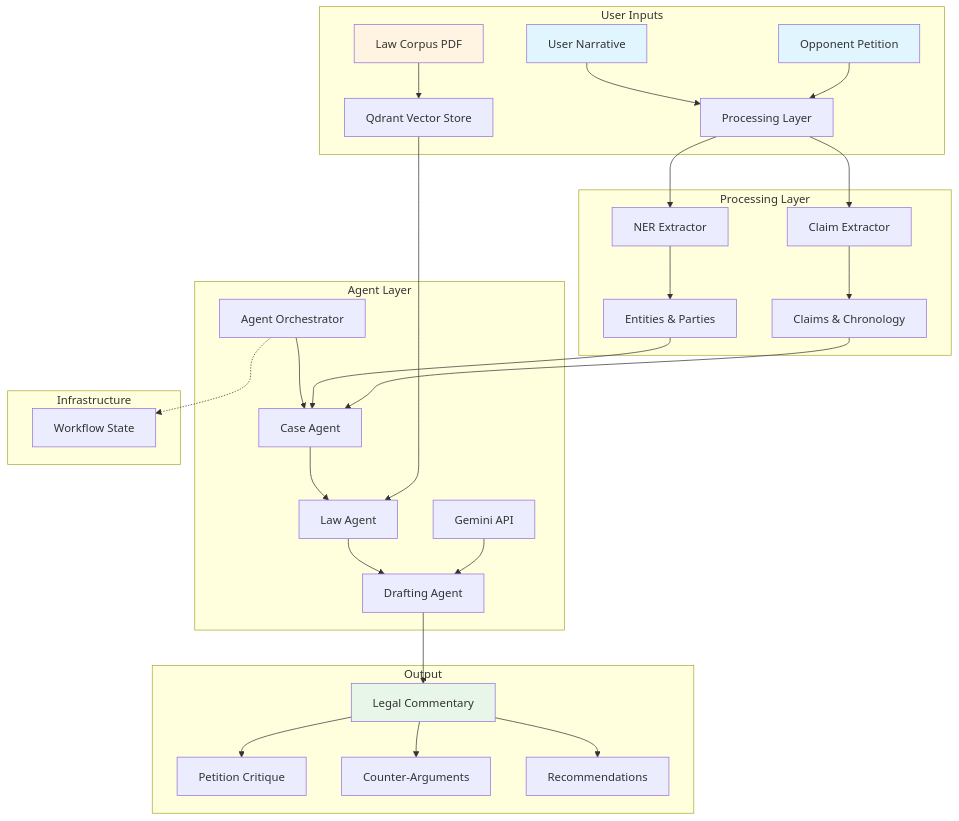
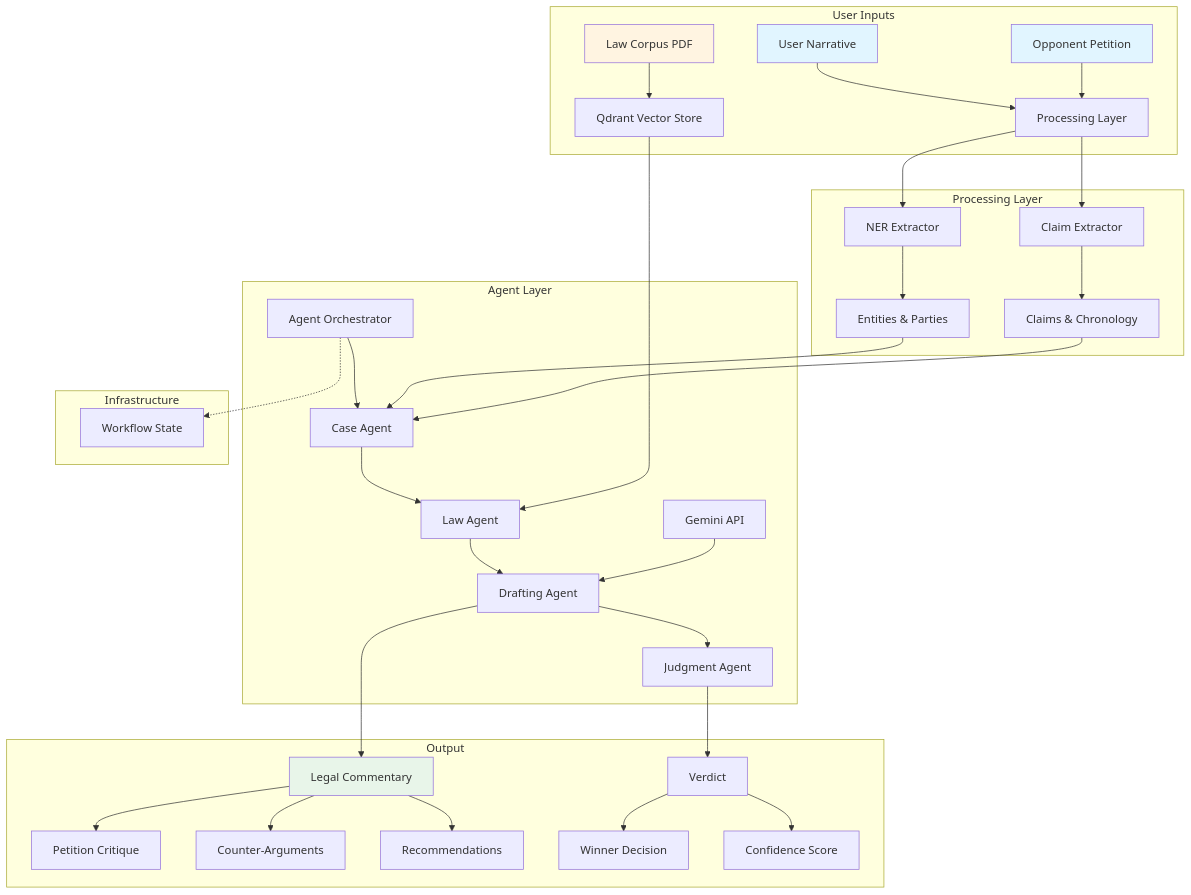
Before and after one commit to Shahmir675/GovTech: the first of 2 diagrams in docs/architecture.md, drawn with Mermaid. The commit also changed other lines of this file and 49 other files, not shown here.

````diff
--- a/docs/architecture.md
+++ b/docs/architecture.md
@@ -11,44 +11,48 @@
 ```mermaid
 graph TB
     subgraph "User Inputs"
         A[User Narrative] --> P[Processing Layer]
         B[Opponent Petition] --> P
         C[Law Corpus PDF] --> D[Vector Store]
     end
 
     subgraph "Processing Layer"
         P --> E[NER Extractor]
         P --> F[Claim Extractor]
         E --> G[Entities & Parties]
         F --> H[Claims & Chronology]
     end
 
     subgraph "Agent Layer"
         I[Agent Orchestrator] --> J[Case Agent]
         J --> K[Law Agent]
         K --> L[Drafting Agent]
+        L --> JA[Judgment Agent]
         G --> J
         H --> J
         D --> K
         M[Gemini API] --> L
     end
 
     subgraph "Output"
         L --> N[Legal Commentary]
+        JA --> V[Verdict]
         N --> O[Petition Critique]
         N --> Q[Counter-Arguments]
         N --> R[Recommendations]
+        V --> T[Winner Decision]
+        V --> U[Confidence Score]
     end
 
     subgraph "Infrastructure"
         D[Qdrant Vector Store]
         M[Gemini API]
         S[Workflow State]
         I -.-> S
     end
 
     style A fill:#e1f5ff
     style B fill:#e1f5ff
     style C fill:#fff4e1
     style N fill:#e8f5e9
 ```
````
